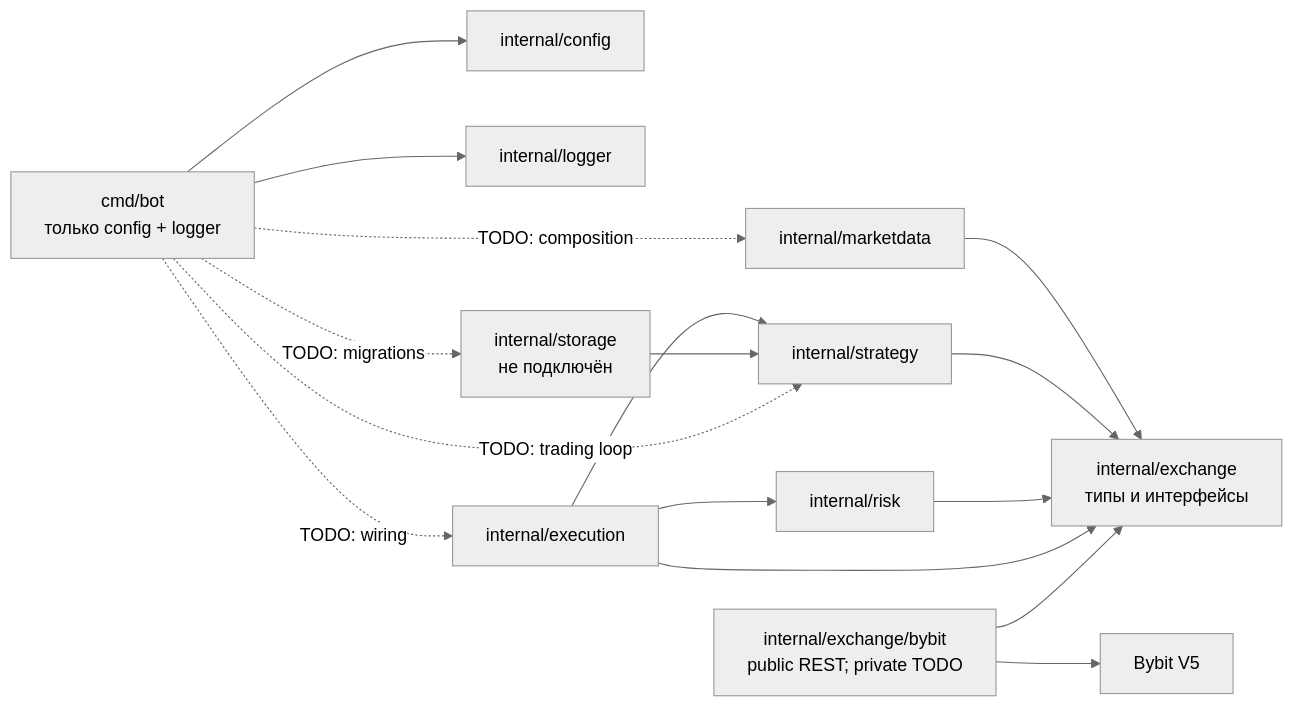
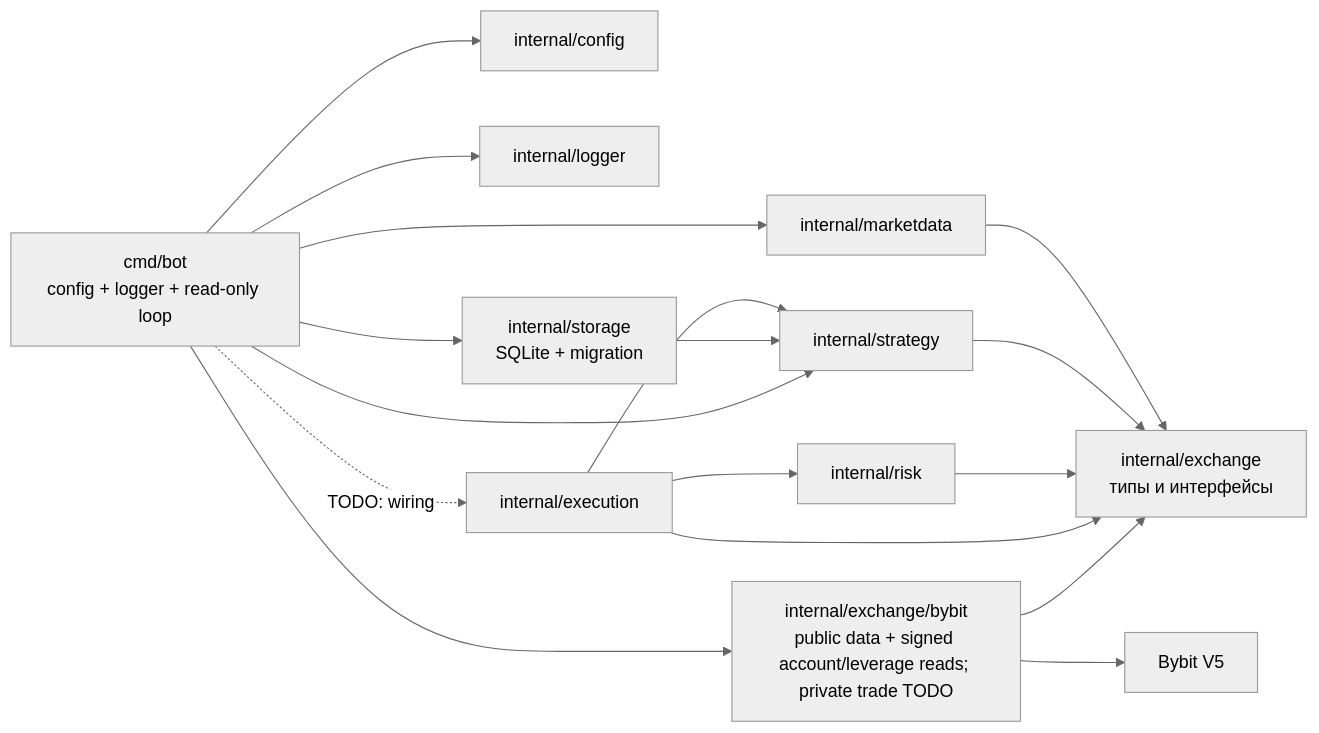
The diagram in docs/ARCHITECTURE.md (DAlekseenko/bybit_bot_liquidity), drawn with Mermaid (neutral theme) before and after one commit. The commit also changed other lines of this file and 57 other files, not shown here.

````diff
--- a/docs/ARCHITECTURE.md
+++ b/docs/ARCHITECTURE.md
@@ -13,30 +13,31 @@
 ```mermaid
 flowchart LR
-    Main["cmd/bot\nтолько config + logger"]
+    Main["cmd/bot\nconfig + logger + read-only loop"]
     Config["internal/config"]
     Logger["internal/logger"]
     Collector["internal/marketdata"]
     Strategy["internal/strategy"]
     Risk["internal/risk"]
     Executor["internal/execution"]
     Contracts["internal/exchange\nтипы и интерфейсы"]
-    Bybit["internal/exchange/bybit\npublic REST; private TODO"]
-    Store["internal/storage\nне подключён"]
+    Bybit["internal/exchange/bybit\npublic data + signed account/leverage reads; private trade TODO"]
+    Store["internal/storage\nSQLite + migration"]
     External["Bybit V5"]
 
     Main --> Config
     Main --> Logger
     Collector --> Contracts
     Strategy --> Contracts
     Risk --> Contracts
     Executor --> Contracts
     Executor --> Strategy
     Executor --> Risk
     Store --> Strategy
     Bybit --> Contracts
     Bybit --> External
-    Main -. "TODO: composition" .-> Collector
-    Main -. "TODO: trading loop" .-> Strategy
+    Main --> Bybit
+    Main --> Collector
+    Main --> Strategy
     Main -. "TODO: wiring" .-> Executor
-    Main -. "TODO: migrations" .-> Store
+    Main --> Store
 ```
````
